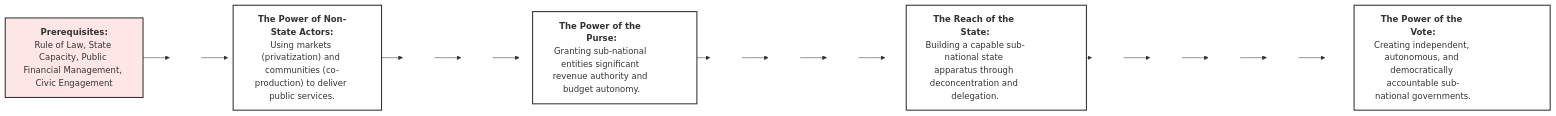
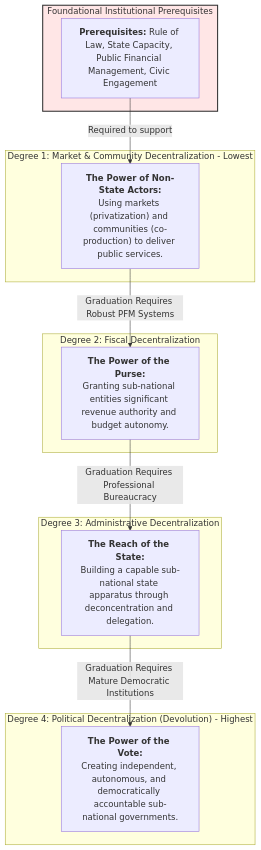
One commit to Aboutorabi/2.1.md changed the diagram in 2.1.md. Above: the diagram before and after it, drawn with Mermaid.

````diff
--- a/2.1.md
+++ b/2.1.md
@@ -1,36 +1,37 @@
 ```mermaid
-graph LR
-    %% Content nodes
-    F["<b>Prerequisites:</b><br>Rule of Law, State Capacity, Public Financial Management, Civic Engagement"]
-    D1["<b>The Power of Non-State Actors:</b><br>Using markets (privatization) and communities (co-production) to deliver public services."]
-    D2["<b>The Power of the Purse:</b><br>Granting sub-national entities significant revenue authority and budget autonomy."]
-    D3["<b>The Reach of the State:</b><br>Building a capable sub-national state apparatus through deconcentration and delegation."]
-    D4["<b>The Power of the Vote:</b><br>Creating independent, autonomous, and democratically accountable sub-national governments."]
+graph TD
+    %% Degree 4
+    subgraph G4["Degree 4: Political Decentralization (Devolution) - Highest"]
+        D4["<b>The Power of the Vote:</b><br>Creating independent, autonomous, and democratically accountable sub-national governments."]
+    end
 
-    %% Spacer nodes (use NBSP so they're not empty)
-    S1[" "]:::spacer
-    S2a[" "]:::spacer
-    S2b[" "]:::spacer
-    S3a[" "]:::spacer
-    S3b[" "]:::spacer
-    S3c[" "]:::spacer
-    S4a[" "]:::spacer
-    S4b[" "]:::spacer
-    S4c[" "]:::spacer
-    S4d[" "]:::spacer
+    %% Degree 3
+    subgraph G3["Degree 3: Administrative Decentralization"]
+        D3["<b>The Reach of the State:</b><br>Building a capable sub-national state apparatus through deconcentration and delegation."]
+    end
 
-    %% Links with increasing spacers → exponential fan-out
-    F  --> S1 --> D1
-    D1 --> S2a --> S2b --> D2
-    D2 --> S3a --> S3b --> S3c --> D3
-    D3 --> S4a --> S4b --> S4c --> S4d --> D4
+    %% Degree 2
+    subgraph G2["Degree 2: Fiscal Decentralization"]
+        D2["<b>The Power of the Purse:</b><br>Granting sub-national entities significant revenue authority and budget autonomy."]
+    end
 
-    %% Styling
-    classDef spacer fill:none,stroke:none;
-    style F  fill:#ffe6e6,stroke:#333,stroke-width:2px,width:260px
-    style D1 fill:#fff,stroke:#333,stroke-width:2px,width:280px
-    style D2 fill:#fff,stroke:#333,stroke-width:2px,width:310px
-    style D3 fill:#fff,stroke:#333,stroke-width:2px,width:340px
-    style D4 fill:#fff,stroke:#333,stroke-width:2px,width:370px
+    %% Degree 1
+    subgraph G1["Degree 1: Market & Community Decentralization - Lowest"]
+        D1["<b>The Power of Non-State Actors:</b><br>Using markets (privatization) and communities (co-production) to deliver public services."]
+    end
+    
+    %% Foundational prerequisites
+    subgraph GF["Foundational Institutional Prerequisites"]
+        F["<b>Prerequisites:</b> Rule of Law, State Capacity, Public Financial Management, Civic Engagement"]
+    end
+
+    %% Connections (between nodes, not subgraph labels)
+    F -->|Required to support| D1
+    D1 -->|Graduation Requires Robust PFM Systems| D2
+    D2 -->|Graduation Requires Professional Bureaucracy| D3
+    D3 -->|Graduation Requires Mature Democratic Institutions| D4
+
+    %% Style only the prerequisite box differently (pink)
+    style GF fill:#ffe6e6,stroke:#333,stroke-width:2px
 
 ```
````
